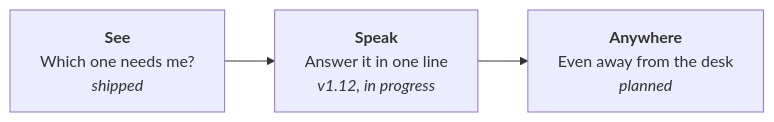
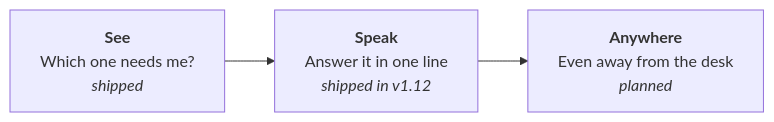
The first of 2 diagrams in README.md (ctliz/TmuxDeck), drawn with Mermaid before and after one commit. The commit also changed other lines of this file and 17 other files, not shown here.

````diff
--- a/README.md
+++ b/README.md
@@ -55,7 +90,7 @@
 ```mermaid
 flowchart LR
     A["<b>See</b><br/>Which one needs me?<br/><i>shipped</i>"]
-    B["<b>Speak</b><br/>Answer it in one line<br/><i>v1.12, in progress</i>"]
+    B["<b>Speak</b><br/>Answer it in one line<br/><i>shipped in v1.12</i>"]
     C["<b>Anywhere</b><br/>Even away from the desk<br/><i>planned</i>"]
     A --> B --> C
 ```
````
